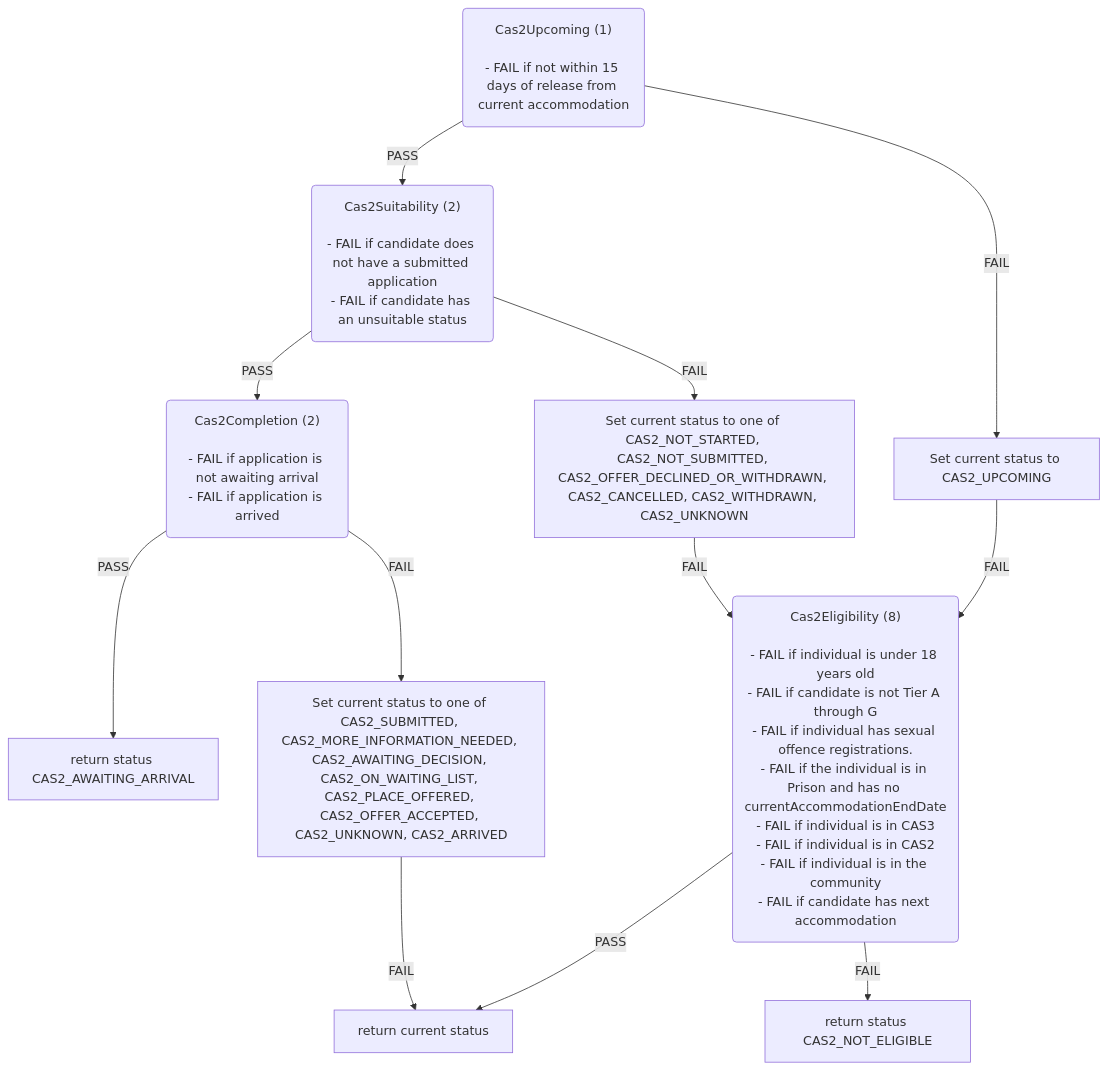
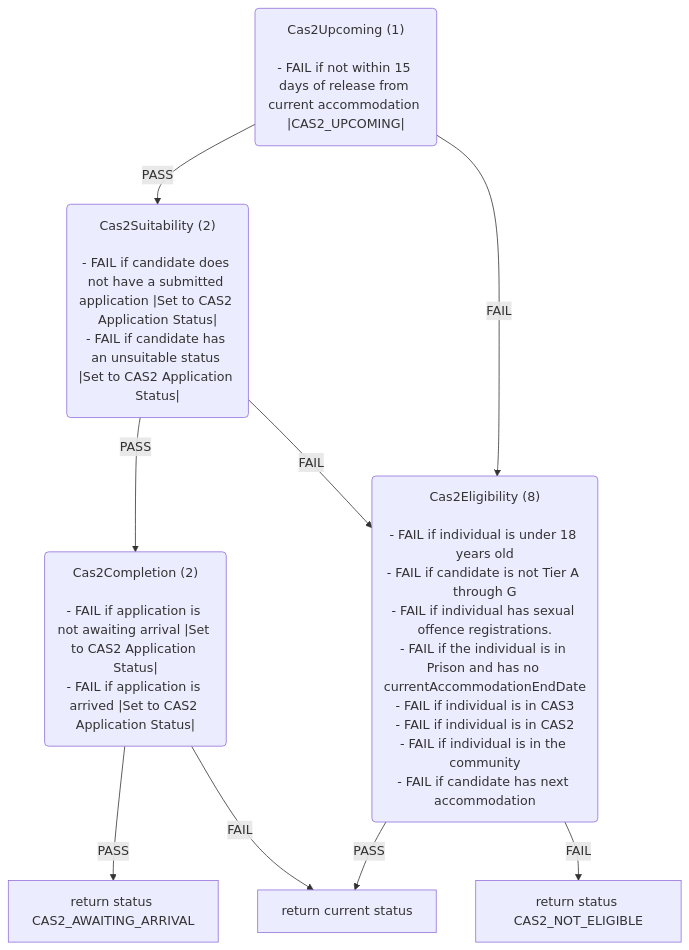
The second of 6 diagrams in docs/eligibility-rules-graph.md (ministryofjustice/hmpps-single-accommodation-service-api), drawn with Mermaid before and after one commit. The commit also changed other lines of this file and 12 other files, not shown here.

Commit message:
1. Remove ContextUpdater node 2. Add status to the Ruleset Node |status| 3. If status is sourced form the upstream app "Set to CAS2 Application Status"

````diff
--- a/docs/eligibility-rules-graph.md
+++ b/docs/eligibility-rules-graph.md
@@ -108,41 +96,35 @@
 ```mermaid
 flowchart TD
   Cas2Upcoming("Cas2Upcoming (1)
 
-- FAIL if not within 15 days of release from current accommodation")
+- FAIL if not within 15 days of release from current accommodation |CAS2_UPCOMING|")
   Cas2Suitability("Cas2Suitability (2)
 
-- FAIL if candidate does not have a submitted application
-- FAIL if candidate has an unsuitable status")
+- FAIL if candidate does not have a submitted application |Set to CAS2 Application Status|
+- FAIL if candidate has an unsuitable status |Set to CAS2 Application Status|")
   Cas2Completion("Cas2Completion (2)
 
-- FAIL if application is not awaiting arrival
-- FAIL if application is arrived")
+- FAIL if application is not awaiting arrival |Set to CAS2 Application Status|
+- FAIL if application is arrived |Set to CAS2 Application Status|")
   return_status_CAS2_AWAITING_ARRIVAL["return status CAS2_AWAITING_ARRIVAL"]
-  Set_current_status_to_one_of_CAS2_SUBMITTED__CAS2_MORE_INFORMATION_NEEDED__CAS2_AWAITING_DECISION__CAS2_ON_WAITING_LIST__CAS2_PLACE_OFFERED__CAS2_OFFER_ACCEPTED__CAS2_UNKNOWN__CAS2_ARRIVED["Set current status to one of CAS2_SUBMITTED, CAS2_MORE_INFORMATION_NEEDED, CAS2_AWAITING_DECISION, CAS2_ON_WAITING_LIST, CAS2_PLACE_OFFERED, CAS2_OFFER_ACCEPTED, CAS2_UNKNOWN, CAS2_ARRIVED"]
   return_current_status["return current status"]
-  Set_current_status_to_one_of_CAS2_NOT_STARTED__CAS2_NOT_SUBMITTED__CAS2_OFFER_DECLINED_OR_WITHDRAWN__CAS2_CANCELLED__CAS2_WITHDRAWN__CAS2_UNKNOWN["Set current status to one of CAS2_NOT_STARTED, CAS2_NOT_SUBMITTED, CAS2_OFFER_DECLINED_OR_WITHDRAWN, CAS2_CANCELLED, CAS2_WITHDRAWN, CAS2_UNKNOWN"]
   Cas2Eligibility("Cas2Eligibility (8)
 
 - FAIL if individual is under 18 years old
 - FAIL if candidate is not Tier A through G
 - FAIL if individual has sexual offence registrations.
 - FAIL if the individual is in Prison and has no currentAccommodationEndDate
 - FAIL if individual is in CAS3
 - FAIL if individual is in CAS2
 - FAIL if individual is in the community
 - FAIL if candidate has next accommodation")
   return_status_CAS2_NOT_ELIGIBLE["return status CAS2_NOT_ELIGIBLE"]
-  Set_current_status_to_CAS2_UPCOMING["Set current status to CAS2_UPCOMING"]
   Cas2Completion -->|PASS| return_status_CAS2_AWAITING_ARRIVAL
-  Cas2Completion -->|FAIL| Set_current_status_to_one_of_CAS2_SUBMITTED__CAS2_MORE_INFORMATION_NEEDED__CAS2_AWAITING_DECISION__CAS2_ON_WAITING_LIST__CAS2_PLACE_OFFERED__CAS2_OFFER_ACCEPTED__CAS2_UNKNOWN__CAS2_ARRIVED
-  Set_current_status_to_one_of_CAS2_SUBMITTED__CAS2_MORE_INFORMATION_NEEDED__CAS2_AWAITING_DECISION__CAS2_ON_WAITING_LIST__CAS2_PLACE_OFFERED__CAS2_OFFER_ACCEPTED__CAS2_UNKNOWN__CAS2_ARRIVED -->|FAIL| return_current_status
+  Cas2Completion -->|FAIL| return_current_status
   Cas2Suitability -->|PASS| Cas2Completion
-  Cas2Suitability -->|FAIL| Set_current_status_to_one_of_CAS2_NOT_STARTED__CAS2_NOT_SUBMITTED__CAS2_OFFER_DECLINED_OR_WITHDRAWN__CAS2_CANCELLED__CAS2_WITHDRAWN__CAS2_UNKNOWN
   Cas2Eligibility -->|PASS| return_current_status
   Cas2Eligibility -->|FAIL| return_status_CAS2_NOT_ELIGIBLE
-  Set_current_status_to_one_of_CAS2_NOT_STARTED__CAS2_NOT_SUBMITTED__CAS2_OFFER_DECLINED_OR_WITHDRAWN__CAS2_CANCELLED__CAS2_WITHDRAWN__CAS2_UNKNOWN -->|FAIL| Cas2Eligibility
+  Cas2Suitability -->|FAIL| Cas2Eligibility
   Cas2Upcoming -->|PASS| Cas2Suitability
-  Cas2Upcoming -->|FAIL| Set_current_status_to_CAS2_UPCOMING
-  Set_current_status_to_CAS2_UPCOMING -->|FAIL| Cas2Eligibility
+  Cas2Upcoming -->|FAIL| Cas2Eligibility
 ```
````
